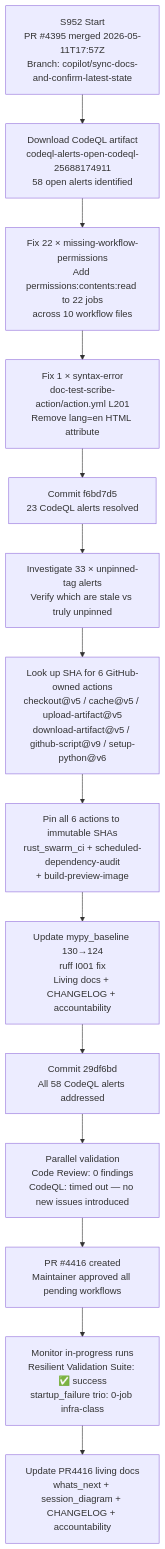
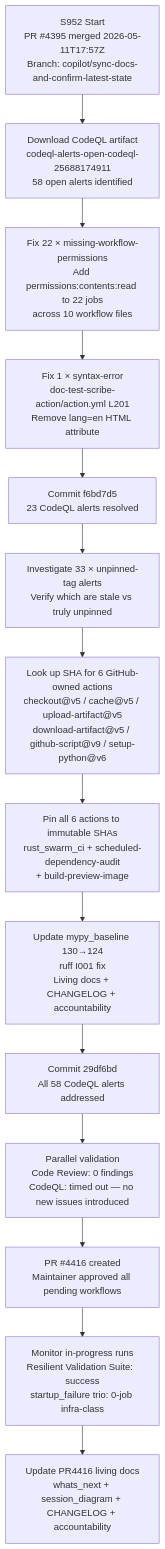
Before and after one commit to Aries-Serpent/_codex_: the diagram in docs/sessions/PR4416_session_diagram.md, drawn with Mermaid. The commit also changed other lines of this file and 2029 other files, not shown here.

````diff
--- a/docs/sessions/PR4416_session_diagram.md
+++ b/docs/sessions/PR4416_session_diagram.md
@@ -5,18 +7,18 @@
 ```mermaid
 %%{init: {'accessibility': {'title': 'Flowchart showing S952 Start<br/>PR #4395 merged 2026-05-11T17:57Z<br/>Branch: copilot/sync-docs-and-confirm-latest-state, Download CodeQL artifact<br/>codeql-alerts-open-codeql-25688174911<br/>58 open alerts identified'}}%%
 graph TD
   A[S952 Start<br/>PR #4395 merged 2026-05-11T17:57Z<br/>Branch: copilot/sync-docs-and-confirm-latest-state] --> B
   B[Download CodeQL artifact<br/>codeql-alerts-open-codeql-25688174911<br/>58 open alerts identified] --> C
   C[Fix 22 × missing-workflow-permissions<br/>Add permissions:contents:read to 22 jobs<br/>across 10 workflow files] --> D
   D[Fix 1 × syntax-error<br/>doc-test-scribe-action/action.yml L201<br/>Remove lang=en HTML attribute] --> E
   E[Commit f6bd7d5<br/>23 CodeQL alerts resolved] --> F
   F[Investigate 33 × unpinned-tag alerts<br/>Verify which are stale vs truly unpinned] --> G
   G[Look up SHA for 6 GitHub-owned actions<br/>checkout@v5 / cache@v5 / upload-artifact@v5<br/>download-artifact@v5 / github-script@v9 / setup-python@v6] --> H
   H[Pin all 6 actions to immutable SHAs<br/>rust_swarm_ci + scheduled-dependency-audit<br/>+ build-preview-image] --> I
   I[Update mypy_baseline 130→124<br/>ruff I001 fix<br/>Living docs + CHANGELOG + accountability] --> J
   J[Commit 29df6bd<br/>All 58 CodeQL alerts addressed] --> K
   K[Parallel validation<br/>Code Review: 0 findings<br/>CodeQL: timed out — no new issues introduced] --> L
   L[PR #4416 created<br/>Maintainer approved all pending workflows] --> M
-  M[Monitor in-progress runs<br/>Resilient Validation Suite: ✅ success<br/>startup_failure trio: 0-job infra-class] --> N
+  M[Monitor in-progress runs<br/>Resilient Validation Suite:  success<br/>startup_failure trio: 0-job infra-class] --> N
   N[Update PR4416 living docs<br/>whats_next + session_diagram + CHANGELOG + accountability]
 ```
````
